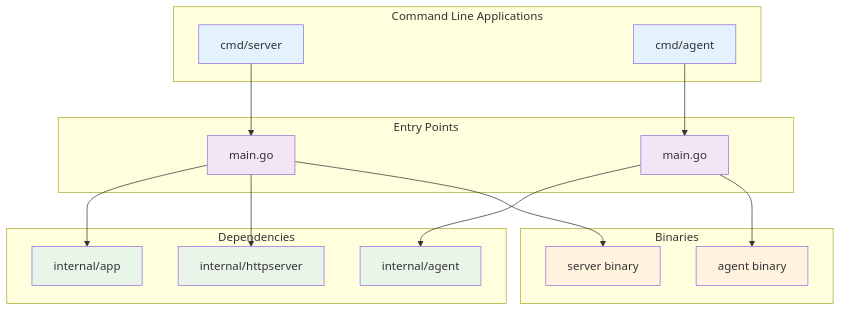
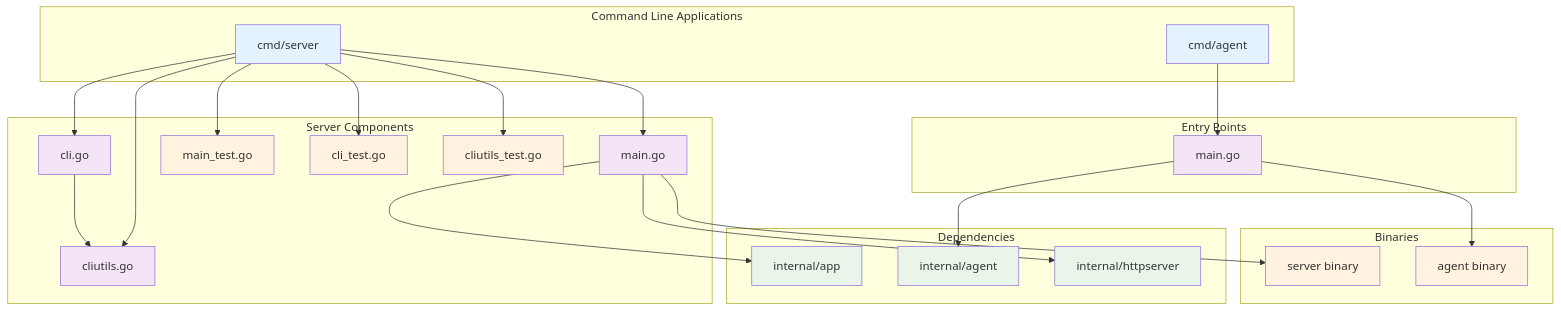
Before and after one commit to IgorKilipenko/metrical: the first of 2 diagrams in cmd/README.md, drawn with Mermaid. The commit also changed other lines of this file and 2 other files, not shown here.

First line of the commit message:
docs: update README and cmd/server documentation with recent improvements

````diff
--- a/cmd/README.md
+++ b/cmd/README.md
@@ -17,43 +19,62 @@
 ```mermaid
 graph TB
     subgraph "Command Line Applications"
         SERVER[cmd/server]
         AGENT[cmd/agent]
     end
     
+    subgraph "Server Components"
+        SERVER_MAIN[main.go]
+        SERVER_CLI[cli.go]
+        SERVER_UTILS[cliutils.go]
+        SERVER_TESTS[main_test.go]
+        SERVER_CLI_TESTS[cli_test.go]
+        SERVER_UTILS_TESTS[cliutils_test.go]
+    end
+    
     subgraph "Entry Points"
-        SERVER_MAIN[main.go]
         AGENT_MAIN[main.go]
     end
     
     subgraph "Dependencies"
         INTERNAL_APP[internal/app]
         INTERNAL_AGENT[internal/agent]
         INTERNAL_SERVER[internal/httpserver]
     end
     
     subgraph "Binaries"
         SERVER_BIN[server binary]
         AGENT_BIN[agent binary]
     end
     
     SERVER --> SERVER_MAIN
+    SERVER --> SERVER_CLI
+    SERVER --> SERVER_UTILS
+    SERVER --> SERVER_TESTS
+    SERVER --> SERVER_CLI_TESTS
+    SERVER --> SERVER_UTILS_TESTS
     AGENT --> AGENT_MAIN
     
     SERVER_MAIN --> INTERNAL_APP
     SERVER_MAIN --> INTERNAL_SERVER
+    SERVER_CLI --> SERVER_UTILS
     AGENT_MAIN --> INTERNAL_AGENT
     
     SERVER_MAIN --> SERVER_BIN
     AGENT_MAIN --> AGENT_BIN
     
     style SERVER fill:#e3f2fd
     style AGENT fill:#e3f2fd
     style SERVER_MAIN fill:#f3e5f5
+    style SERVER_CLI fill:#f3e5f5
+    style SERVER_UTILS fill:#f3e5f5
+    style SERVER_TESTS fill:#fff3e0
+    style SERVER_CLI_TESTS fill:#fff3e0
+    style SERVER_UTILS_TESTS fill:#fff3e0
     style AGENT_MAIN fill:#f3e5f5
     style INTERNAL_APP fill:#e8f5e8
     style INTERNAL_AGENT fill:#e8f5e8
     style INTERNAL_SERVER fill:#e8f5e8
     style SERVER_BIN fill:#fff3e0
     style AGENT_BIN fill:#fff3e0
 ```
````
